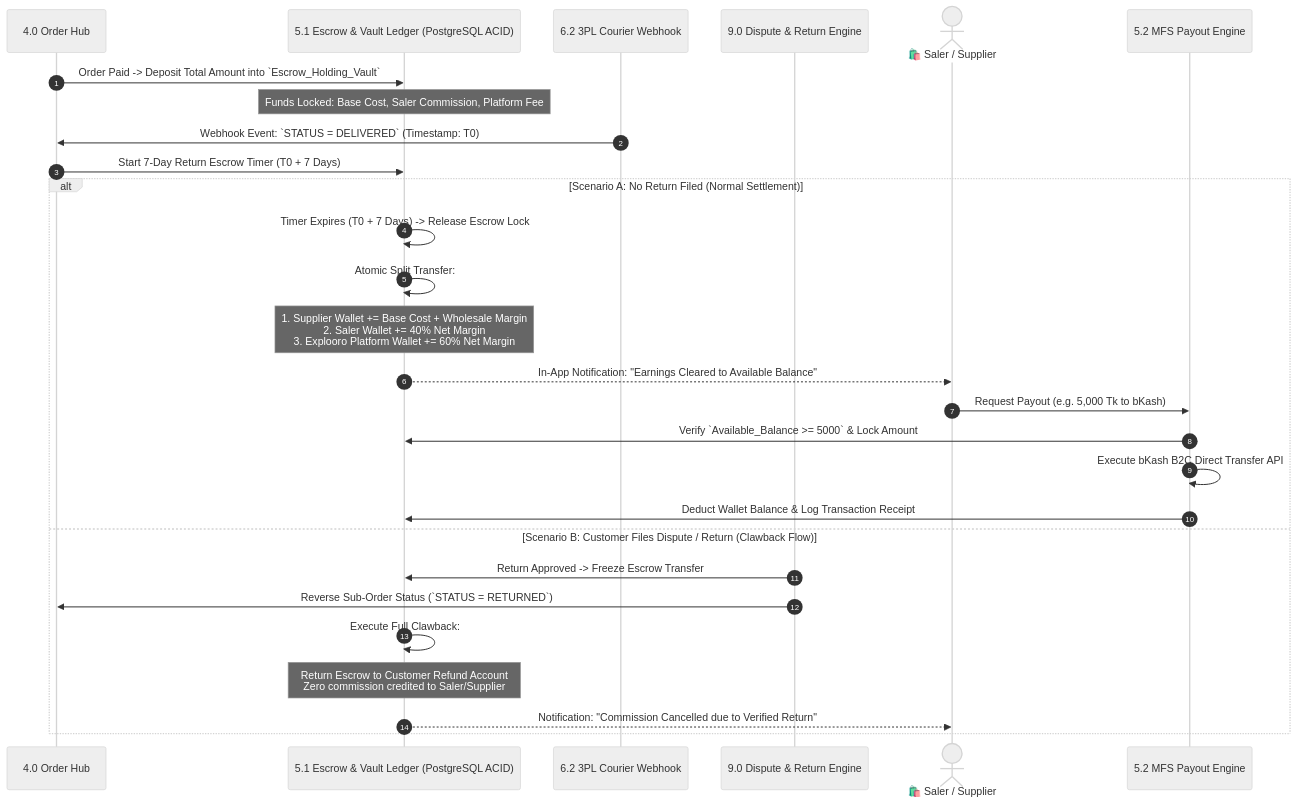
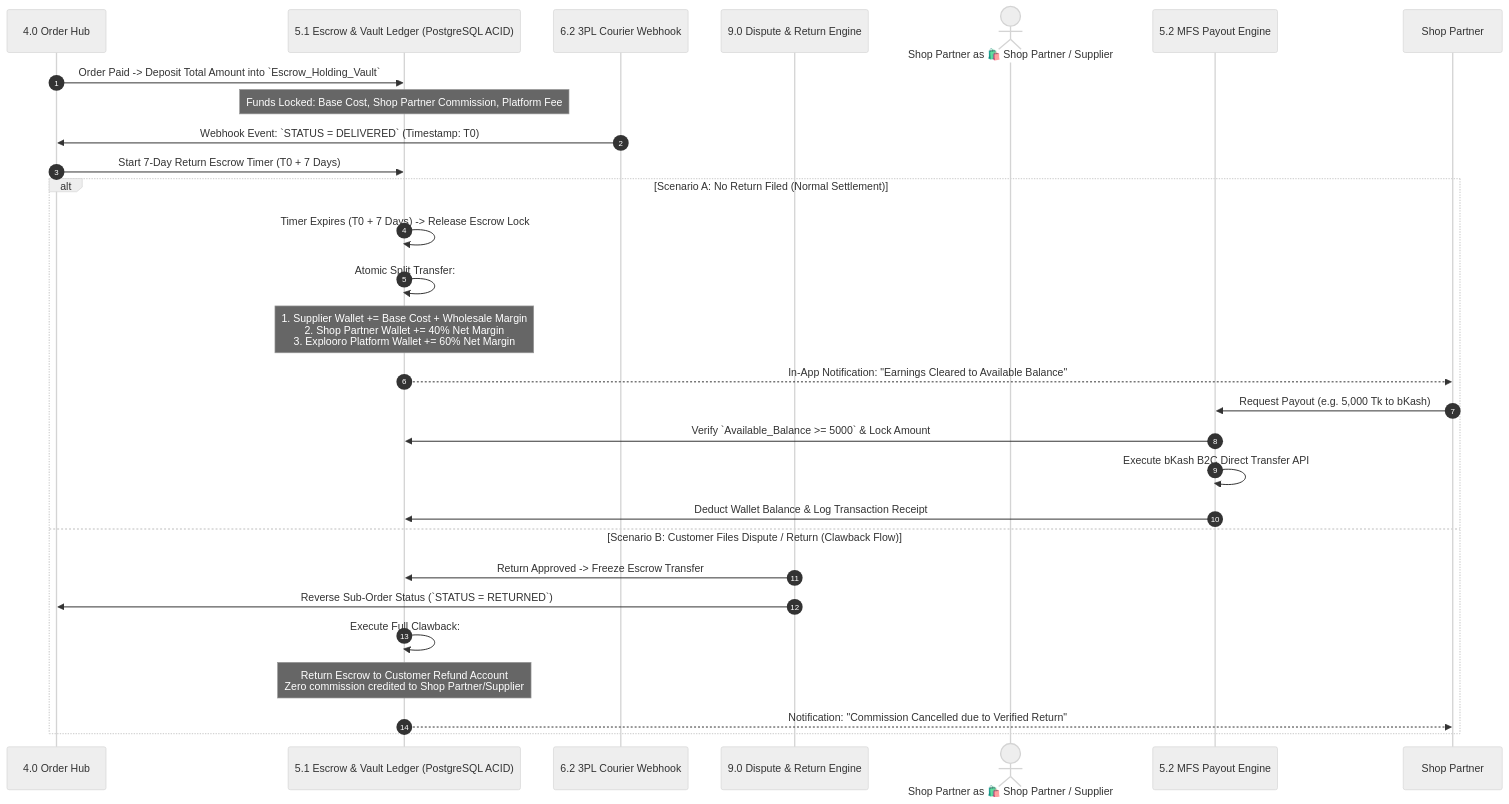
One commit to ashrafulta2/Explooro changed the fourth of 18 diagrams in docs/DFD.md. Above: the diagram before and after it, drawn with Mermaid (neutral theme). The commit also changed other lines of this file and 325 other files, not shown here.

First line of the commit message:
refactor: rename "Saler" and "Seller" to "Shop Partner" in all display text

````diff
--- a/docs/DFD.md
+++ b/docs/DFD.md
@@ -209,35 +209,35 @@
 ```mermaid
 sequenceDiagram
     autonumber
     participant OrderHub as 4.0 Order Hub
     participant Vault as 5.1 Escrow & Vault Ledger (PostgreSQL ACID)
     participant CourierHook as 6.2 3PL Courier Webhook
     participant DisputeEngine as 9.0 Dispute & Return Engine
-    actor Saler as 🛍️ Saler / Supplier
+    actor Shop Partner as 🛍️ Shop Partner / Supplier
     participant Payout as 5.2 MFS Payout Engine
 
     OrderHub->>Vault: Order Paid -> Deposit Total Amount into `Escrow_Holding_Vault`
-    Note over Vault: Funds Locked: Base Cost, Saler Commission, Platform Fee
+    Note over Vault: Funds Locked: Base Cost, Shop Partner Commission, Platform Fee
 
     CourierHook->>OrderHub: Webhook Event: `STATUS = DELIVERED` (Timestamp: T0)
     OrderHub->>Vault: Start 7-Day Return Escrow Timer (T0 + 7 Days)
 
     alt Scenario A: No Return Filed (Normal Settlement)
         Vault->>Vault: Timer Expires (T0 + 7 Days) -> Release Escrow Lock
         Vault->>Vault: Atomic Split Transfer:
-        Note over Vault: 1. Supplier Wallet += Base Cost + Wholesale Margin<br/>2. Saler Wallet += 40% Net Margin<br/>3. Explooro Platform Wallet += 60% Net Margin
-        Vault-->>Saler: In-App Notification: "Earnings Cleared to Available Balance"
+        Note over Vault: 1. Supplier Wallet += Base Cost + Wholesale Margin<br/>2. Shop Partner Wallet += 40% Net Margin<br/>3. Explooro Platform Wallet += 60% Net Margin
+        Vault-->>Shop Partner: In-App Notification: "Earnings Cleared to Available Balance"
         
-        Saler->>Payout: Request Payout (e.g. 5,000 Tk to bKash)
+        Shop Partner->>Payout: Request Payout (e.g. 5,000 Tk to bKash)
         Payout->>Vault: Verify `Available_Balance >= 5000` & Lock Amount
         Payout->>Payout: Execute bKash B2C Direct Transfer API
         Payout->>Vault: Deduct Wallet Balance & Log Transaction Receipt
         
     else Scenario B: Customer Files Dispute / Return (Clawback Flow)
         DisputeEngine->>Vault: Return Approved -> Freeze Escrow Transfer
         DisputeEngine->>OrderHub: Reverse Sub-Order Status (`STATUS = RETURNED`)
         Vault->>Vault: Execute Full Clawback:
-        Note over Vault: Return Escrow to Customer Refund Account<br/>Zero commission credited to Saler/Supplier
-        Vault-->>Saler: Notification: "Commission Cancelled due to Verified Return"
+        Note over Vault: Return Escrow to Customer Refund Account<br/>Zero commission credited to Shop Partner/Supplier
+        Vault-->>Shop Partner: Notification: "Commission Cancelled due to Verified Return"
     end
 ```
````
